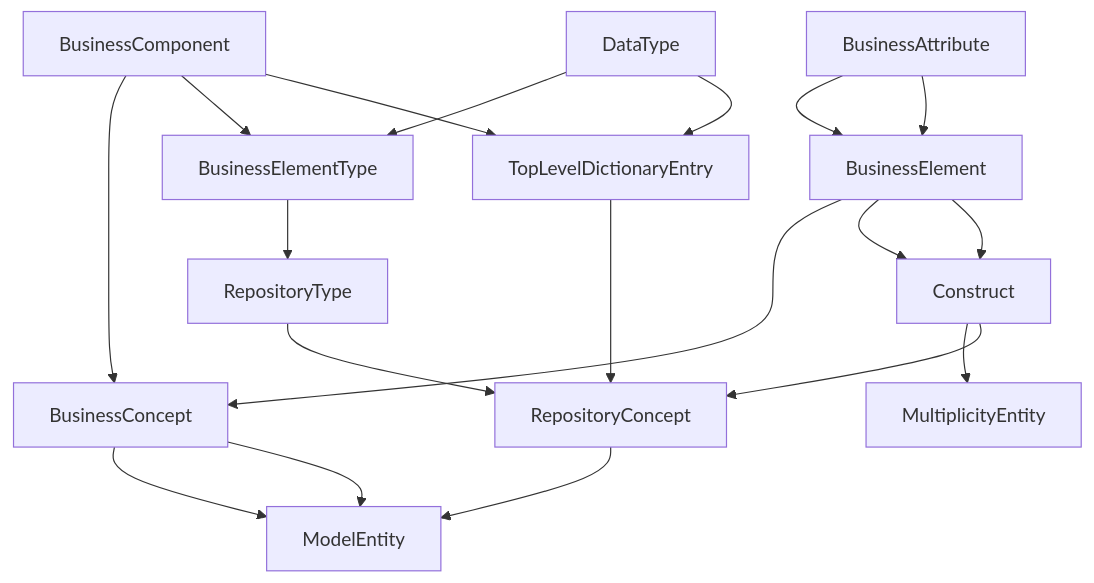
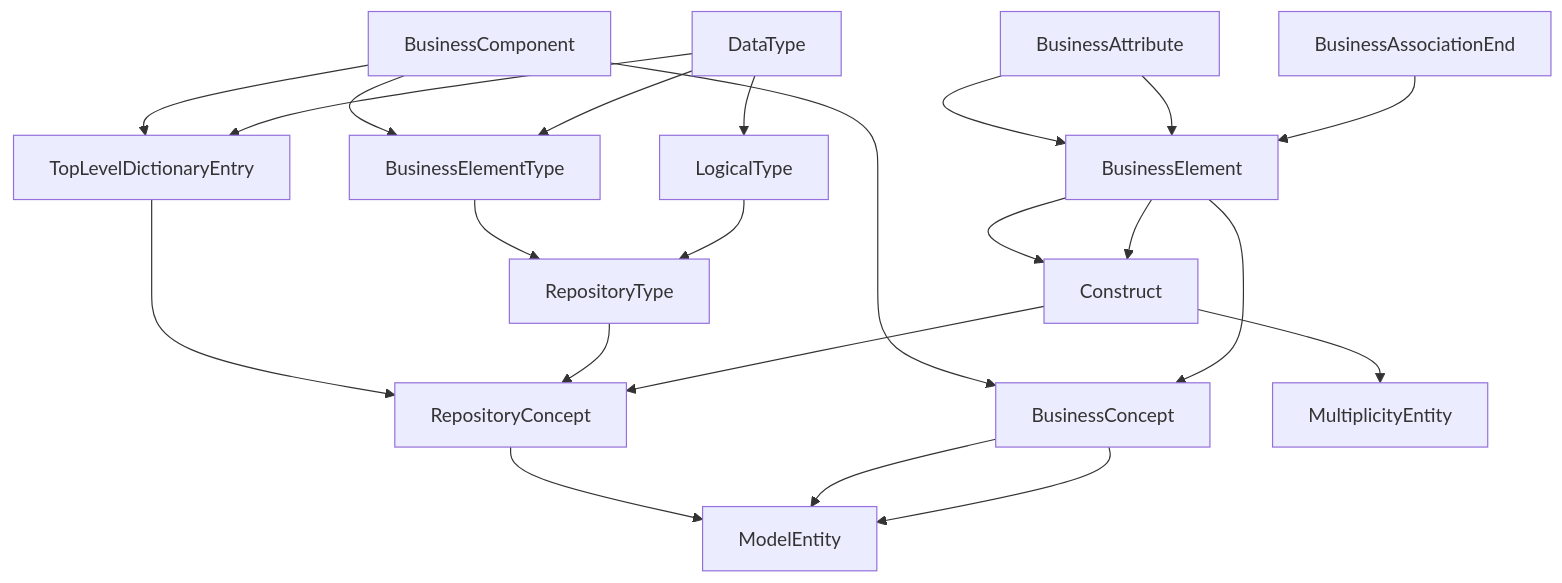
One commit to chris-day/iso20022-ecore changed the second of 2 diagrams in docs/Pruning-and-Dry-Run.md. Above: the diagram before and after it, drawn with Mermaid. The commit also changed other lines of this file and 45 other files, not shown here.

````diff
--- a/docs/Pruning-and-Dry-Run.md
+++ b/docs/Pruning-and-Dry-Run.md
@@ -41,11 +41,13 @@
 ```mermaid
 graph TD
   BusinessComponent[BusinessComponent] --> TopLevelDictionaryEntry[TopLevelDictionaryEntry] --> RepositoryConcept[RepositoryConcept] --> ModelEntity[ModelEntity]
   BusinessComponent --> BusinessElementType[BusinessElementType] --> RepositoryType[RepositoryType] --> RepositoryConcept
   BusinessComponent --> BusinessConcept[BusinessConcept] --> ModelEntity
   BusinessAttribute[BusinessAttribute] --> BusinessElement[BusinessElement] --> Construct[Construct] --> RepositoryConcept
   BusinessAttribute --> BusinessElement --> Construct --> MultiplicityEntity[MultiplicityEntity]
   BusinessElement --> BusinessConcept --> ModelEntity
   DataType[DataType] --> TopLevelDictionaryEntry
   DataType --> BusinessElementType
+  DataType --> LogicalType[LogicalType] --> RepositoryType
+  BusinessAssociationEnd[BusinessAssociationEnd] --> BusinessElement
 ```
````
